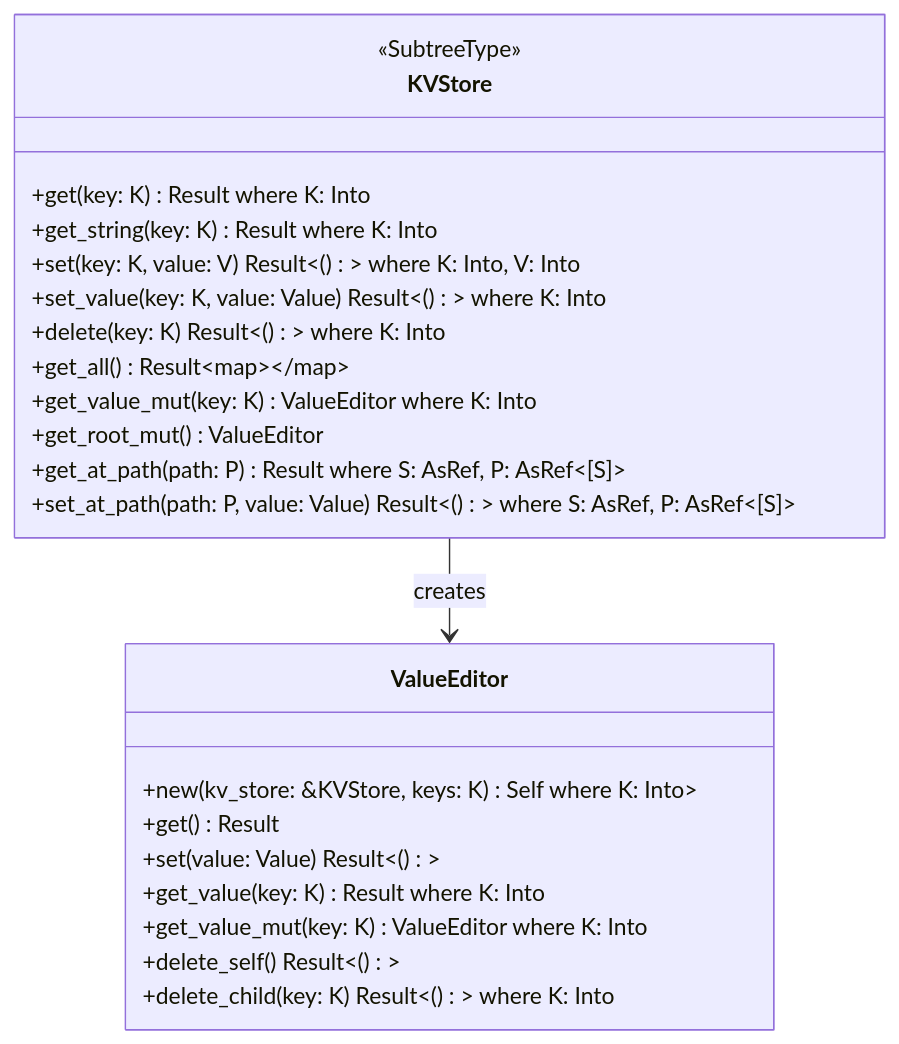
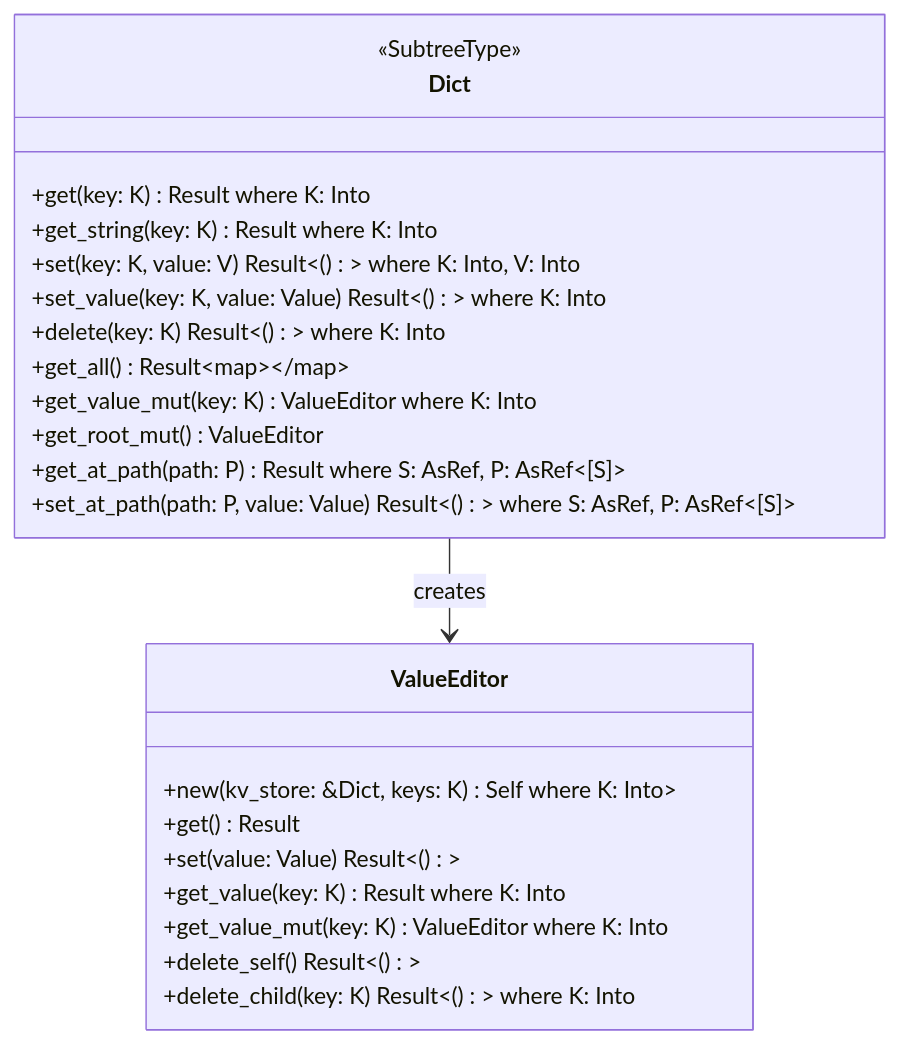
Before and after one commit to arcuru/eidetica: the second of 3 diagrams in docs/src/internal/core_components/subtrees.md, drawn with Mermaid. The commit also changed other lines of this file and 42 other files, not shown here.

Commit message:
refactor: rename subtree types KVStore->Dict, RowStore->Table, YrsStore->YDoc

````diff
--- a/docs/src/internal/core_components/subtrees.md
+++ b/docs/src/internal/core_components/subtrees.md
@@ -64,28 +64,28 @@
 ```mermaid
 classDiagram
-    class KVStore {
+    class Dict {
         <<SubtreeType>>
         +get<K>(key: K) Result<Value> where K: Into<String>
         +get_string<K>(key: K) Result<String> where K: Into<String>
         +set<K, V>(key: K, value: V) Result<()> where K: Into<String>, V: Into<String>
         +set_value<K>(key: K, value: Value) Result<()> where K: Into<String>
         +delete<K>(key: K) Result<()> where K: Into<String>
         +get_all() Result<Map>
         +get_value_mut<K>(key: K) ValueEditor where K: Into<String>
         +get_root_mut() ValueEditor
         +get_at_path<S, P>(path: P) Result<Value> where S: AsRef<str>, P: AsRef<[S]>
         +set_at_path<S, P>(path: P, value: Value) Result<()> where S: AsRef<str>, P: AsRef<[S]>
     }
 
     class ValueEditor {
-        +new<K>(kv_store: &KVStore, keys: K) Self where K: Into<Vec<String>>
+        +new<K>(kv_store: &Dict, keys: K) Self where K: Into<Vec<String>>
         +get() Result<Value>
         +set(value: Value) Result<()>
         +get_value<K>(key: K) Result<Value> where K: Into<String>
         +get_value_mut<K>(key: K) ValueEditor where K: Into<String>
         +delete_self() Result<()>
         +delete_child<K>(key: K) Result<()> where K: Into<String>
     }
 
-    KVStore --> ValueEditor : creates
+    Dict --> ValueEditor : creates
 ```
````
